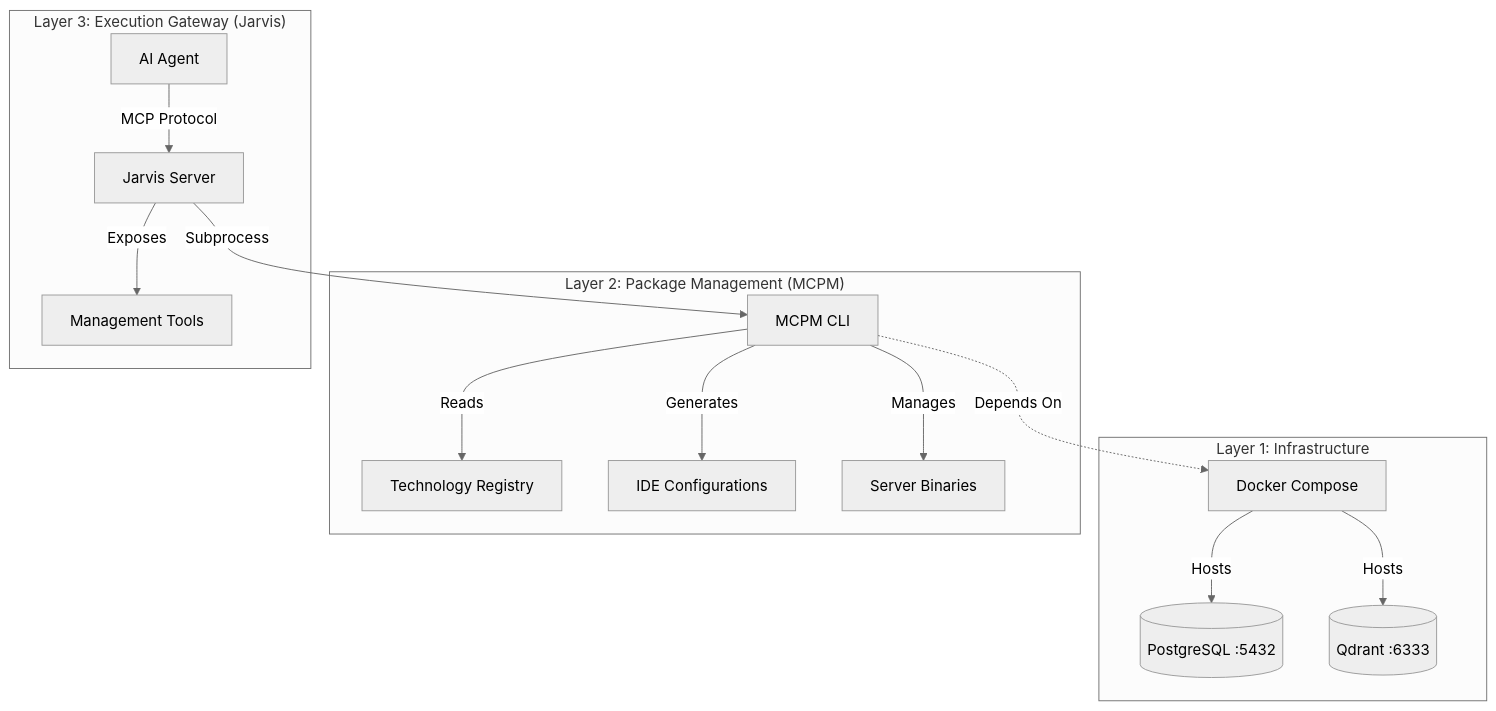
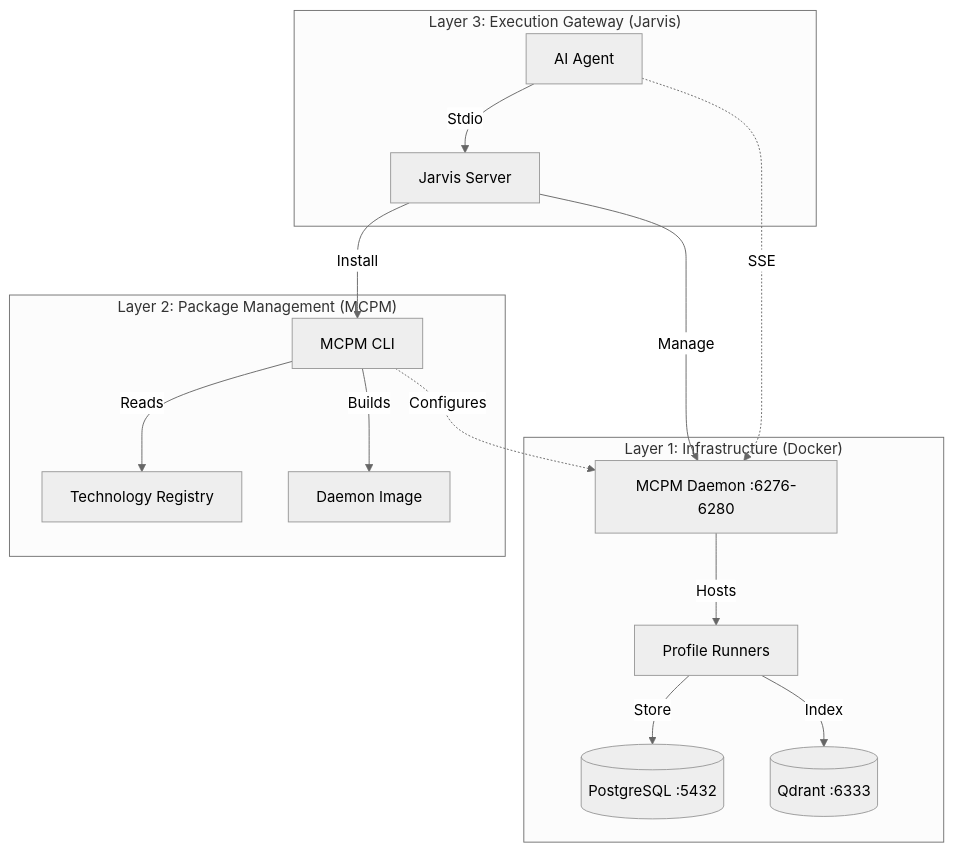
The diagram in docs/TECHNICAL_ARCHITECTURE.md (JRedeker/Jarvis-mcpm), drawn with Mermaid (neutral theme) before and after one commit. The commit also changed other lines of this file and 19 other files, not shown here.

Commit message:
chore: restore correct jarvis and SSE configuration

````diff
--- a/docs/TECHNICAL_ARCHITECTURE.md
+++ b/docs/TECHNICAL_ARCHITECTURE.md
@@ -10,21 +10,22 @@
 ```mermaid
 graph TD
-    subgraph "Layer 1: Infrastructure"
-        Docker[Docker Compose] -->|Hosts| DB[(PostgreSQL :5432)]
-        Docker -->|Hosts| Vector[(Qdrant :6333)]
+    subgraph "Layer 1: Infrastructure (Docker)"
+        Daemon[MCPM Daemon :6276-6280] -->|Hosts| Profiles[Profile Runners]
+        Profiles -->|Store| DB[(PostgreSQL :5432)]
+        Profiles -->|Index| Vector[(Qdrant :6333)]
     end
 
     subgraph "Layer 2: Package Management (MCPM)"
         MCPM_CLI[MCPM CLI] -->|Reads| Registry[Technology Registry]
-        MCPM_CLI -->|Generates| IDE_Config[IDE Configurations]
-        MCPM_CLI -->|Manages| Server_Bin[Server Binaries]
+        MCPM_CLI -->|Builds| Daemon_Image[Daemon Image]
     end
 
     subgraph "Layer 3: Execution Gateway (Jarvis)"
-        Agent[AI Agent] -->|MCP Protocol| Jarvis[Jarvis Server]
-        Jarvis -->|Subprocess| MCPM_CLI
-        Jarvis -->|Exposes| Tools[Management Tools]
+        Agent[AI Agent] -->|Stdio| Jarvis[Jarvis Server]
+        Agent -.->|SSE| Daemon
+        Jarvis -->|Manage| Daemon
+        Jarvis -->|Install| MCPM_CLI
     end
 
-    MCPM_CLI -.->|Depends On| Docker
+    MCPM_CLI -.->|Configures| Daemon
 ```
````
